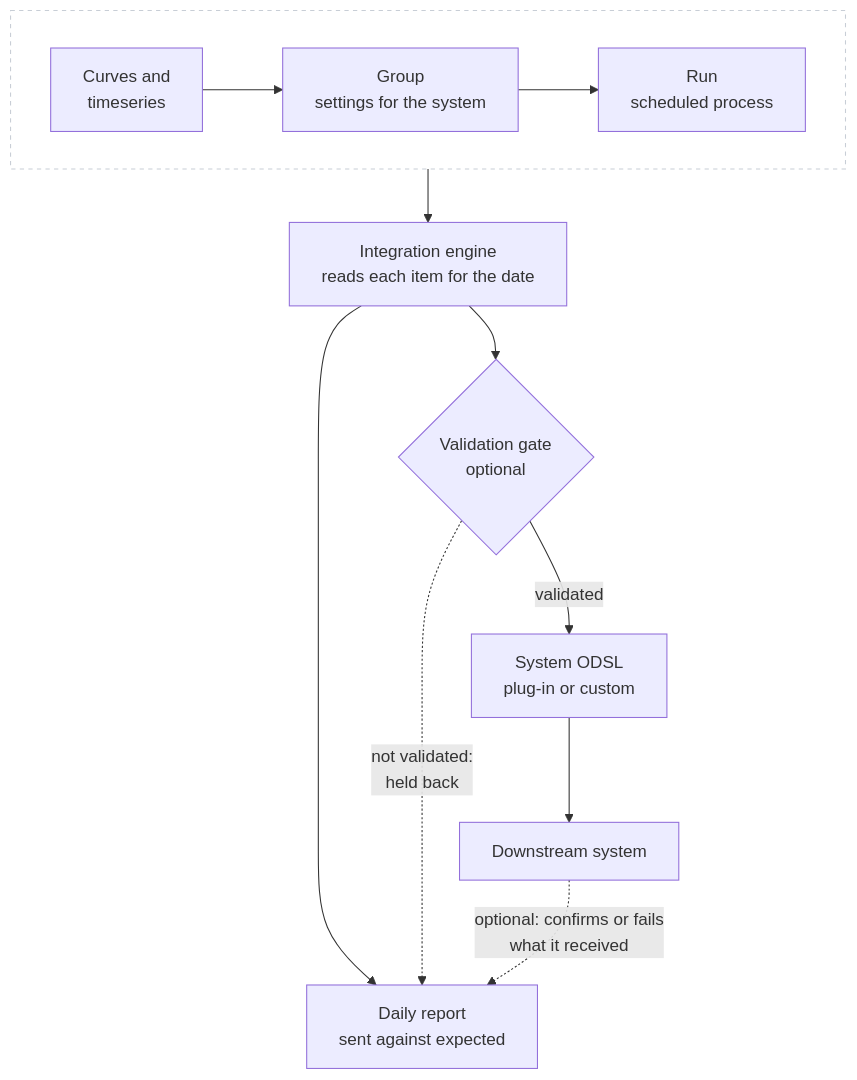
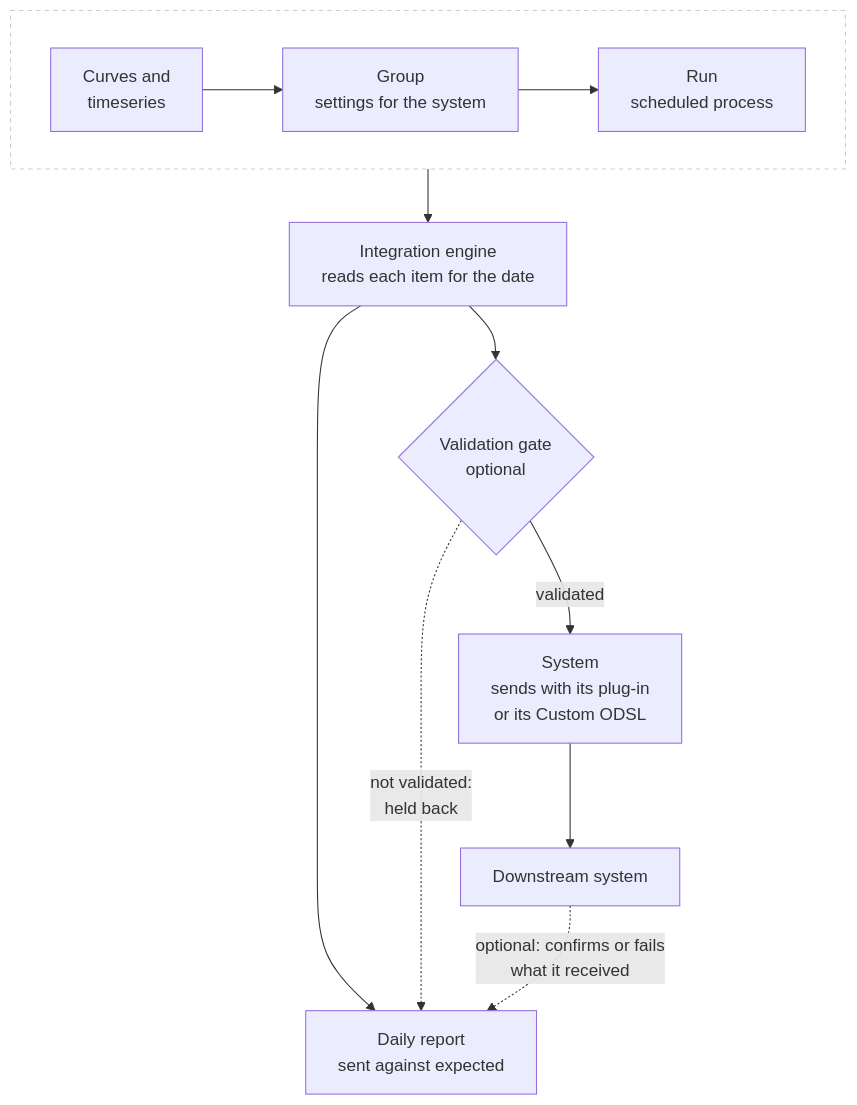
One commit to OpenDataDSL/documentation changed the diagram in docs/extensions/integration/02-how-it-works.md. Above: the diagram before and after it, drawn with Mermaid. The commit also changed other lines of this file and 69 other files, not shown here.

````diff
--- a/docs/extensions/integration/02-how-it-works.md
+++ b/docs/extensions/integration/02-how-it-works.md
@@ -13,15 +13,15 @@
 ```mermaid
 flowchart TD
   subgraph setup [" "]
     direction LR
     D[Curves and<br/>timeseries] --> G[Group<br/>settings for the system] --> R[Run<br/>scheduled process]
   end
   style setup fill:none,stroke:#c8ced6,stroke-dasharray:4 4
   R --> E[Integration engine<br/>reads each item for the date]
   E --> V{Validation gate<br/>optional}
   E --> P[Daily report<br/>sent against expected]
-  V -- validated --> S[System ODSL<br/>plug-in or custom]
+  V -- validated --> S[System<br/>sends with its plug-in<br/>or its Custom ODSL]
   V -. not validated:<br/>held back .-> P
   S --> X[Downstream system]
   X -. optional: confirms or fails<br/>what it received .-> P
 ```
````
